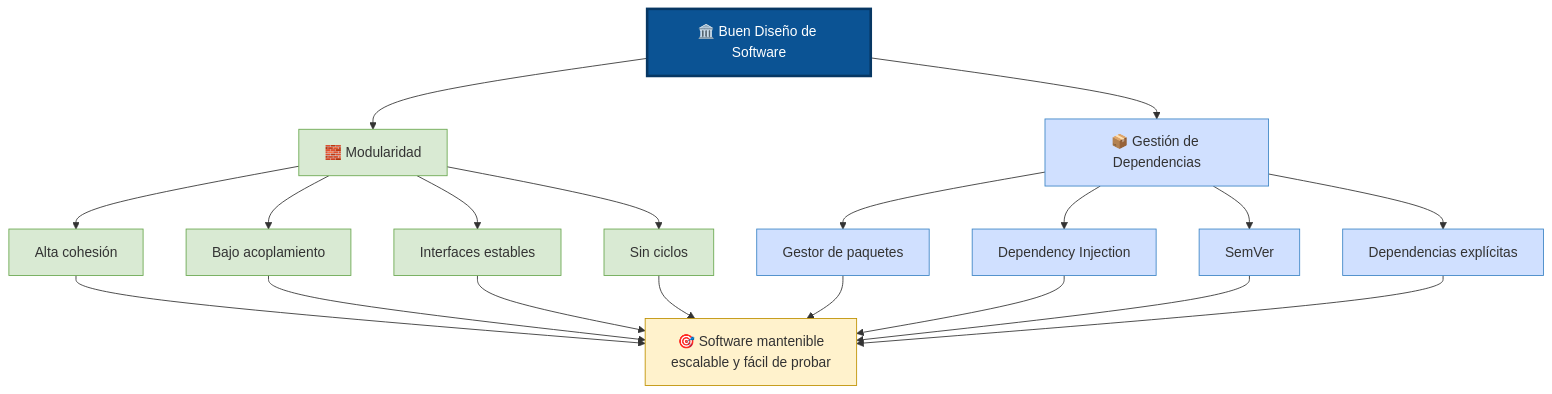
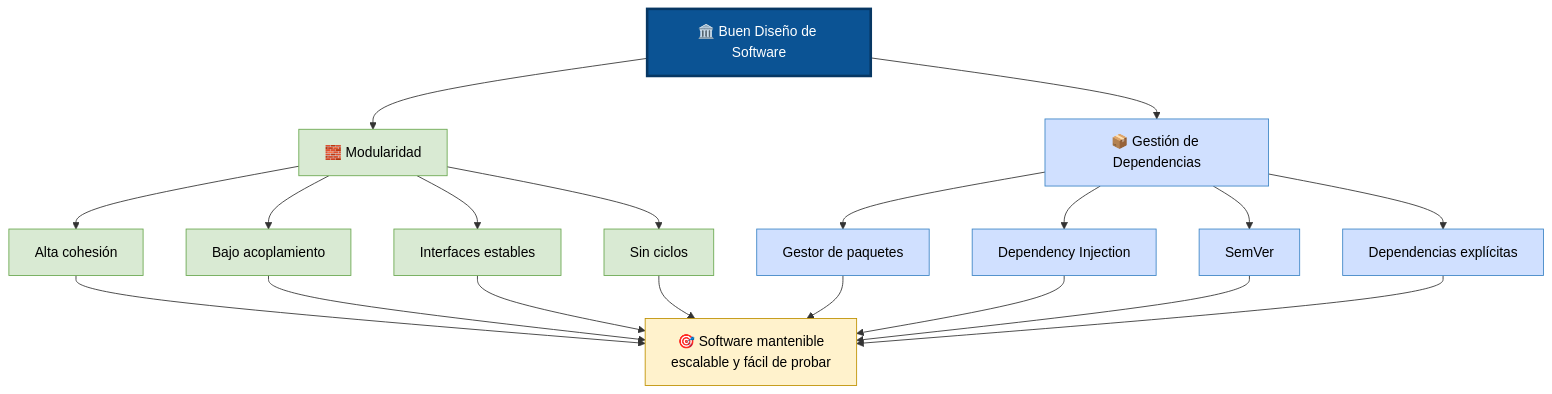
The diagram in Knowledge Base/1 Fundamentos Esenciales/3. Conceptos Intermedios/40 - 49/41. Buenas practicas de Modularidad y Gestion de dependencias.md (JhalexR/learning-journey), drawn with Mermaid before and after one commit.

Commit message:
Update 41. Buenas practicas de Modularidad y Gestion de dependencias.md
improve contrast by changing the font color

````diff
--- a/Knowledge Base/1 Fundamentos Esenciales/3. Conceptos Intermedios/40 - 49/41. Buenas practicas de Modularidad y Gestion de dependencias.md
+++ b/Knowledge Base/1 Fundamentos Esenciales/3. Conceptos Intermedios/40 - 49/41. Buenas practicas de Modularidad y Gestion de dependencias.md
@@ -35,53 +35,53 @@
 ```mermaid
 flowchart TD
 
 A["🏛️ Buen Diseño de Software"]
 
 A --> B["🧱 Modularidad"]
 
 A --> C["📦 Gestión de Dependencias"]
 
 B --> B1["Alta cohesión"]
 
 B --> B2["Bajo acoplamiento"]
 
 B --> B3["Interfaces estables"]
 
 B --> B4["Sin ciclos"]
 
 C --> C1["Gestor de paquetes"]
 
 C --> C2["Dependency Injection"]
 
 C --> C3["SemVer"]
 
 C --> C4["Dependencias explícitas"]
 
 B1 --> D
 
 B2 --> D
 
 B3 --> D
 
 B4 --> D
 
 C1 --> D
 
 C2 --> D
 
 C3 --> D
 
 C4 --> D
 
 D["🎯 Software mantenible<br/>escalable y fácil de probar"]
 
 classDef title fill:#0B5394,color:#fff,stroke:#073763,stroke-width:3px;
-classDef green fill:#D9EAD3,stroke:#6AA84F;
-classDef blue fill:#D0E0FF,stroke:#3D85C6;
-classDef yellow fill:#FFF2CC,stroke:#BF9000;
+classDef green fill:#D9EAD3,stroke:#6AA84F,color:#000;
+classDef blue fill:#D0E0FF,stroke:#3D85C6,color:#000;
+classDef yellow fill:#FFF2CC,stroke:#BF9000,color:#000;
 
 class A title;
 class B,B1,B2,B3,B4 green;
 class C,C1,C2,C3,C4 blue;
 class D yellow;
 ```
````
